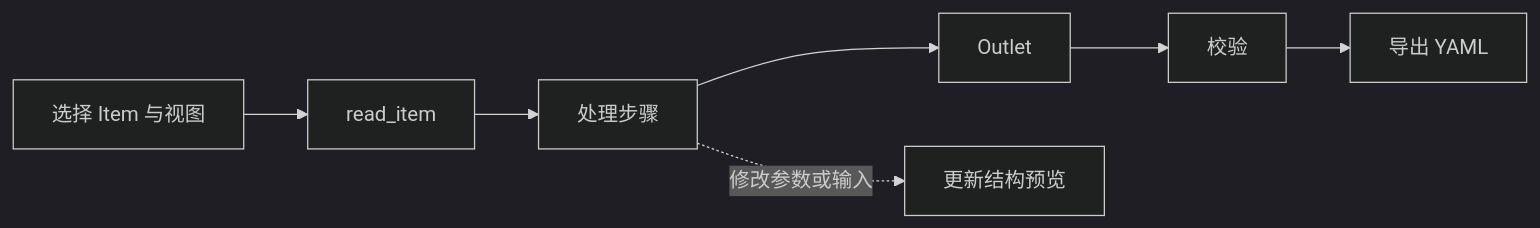
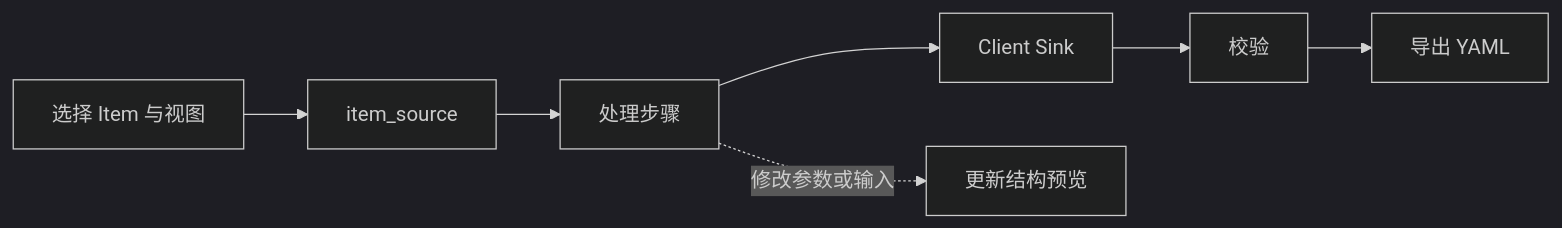
The diagram in docs/designer-guide_zh.md (rdcn-link/xstream-codex), drawn with Mermaid (dark theme) before and after one commit. The commit also changed other lines of this file and 451 other files, not shown here.

````diff
--- a/docs/designer-guide_zh.md
+++ b/docs/designer-guide_zh.md
@@ -31,7 +31,7 @@
 ```mermaid
 flowchart LR
-  Item["选择 Item 与视图"] --> Read["read_item"]
-  Read --> Process["处理步骤"] --> Outlet["Outlet"]
+  Item["选择 Item 与视图"] --> Read["item_source"]
+  Read --> Process["处理步骤"] --> ClientSink["Client Sink"]
   Process -. "修改参数或输入" .-> Preview["更新结构预览"]
-  Outlet --> Validate["校验"] --> YAML["导出 YAML"]
+  ClientSink --> Validate["校验"] --> YAML["导出 YAML"]
 ```
````
